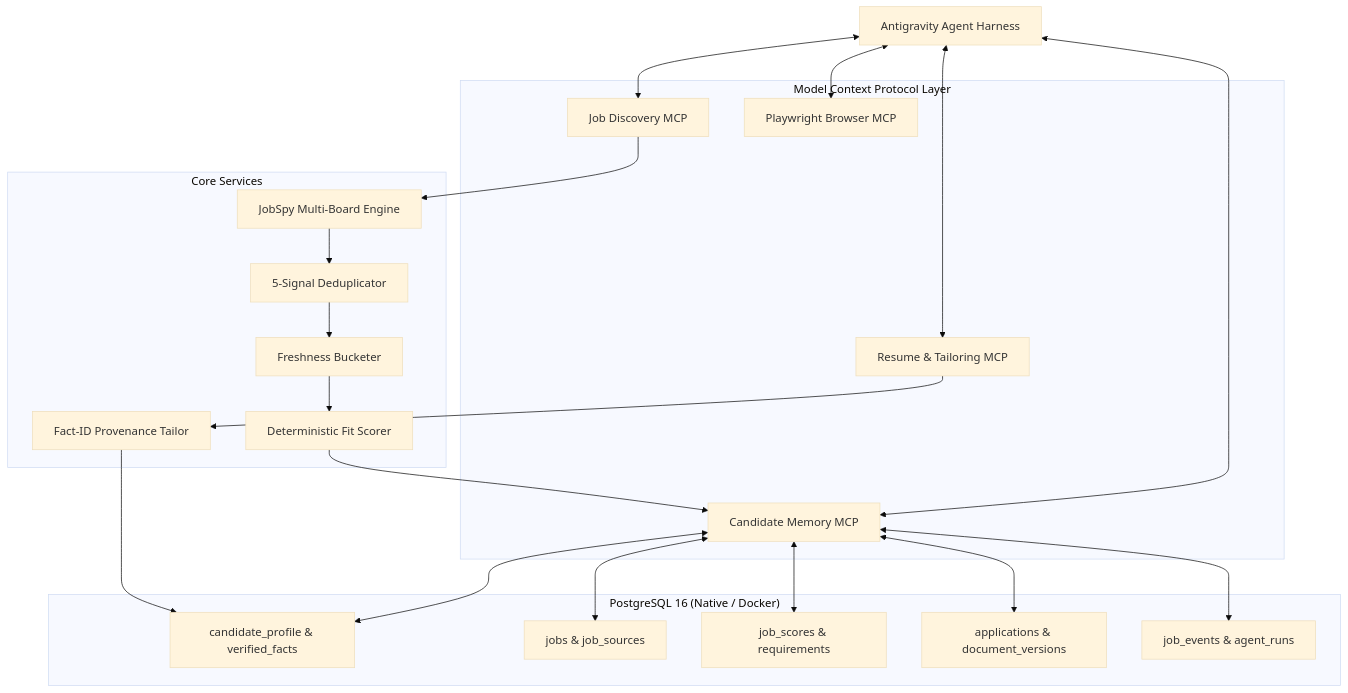
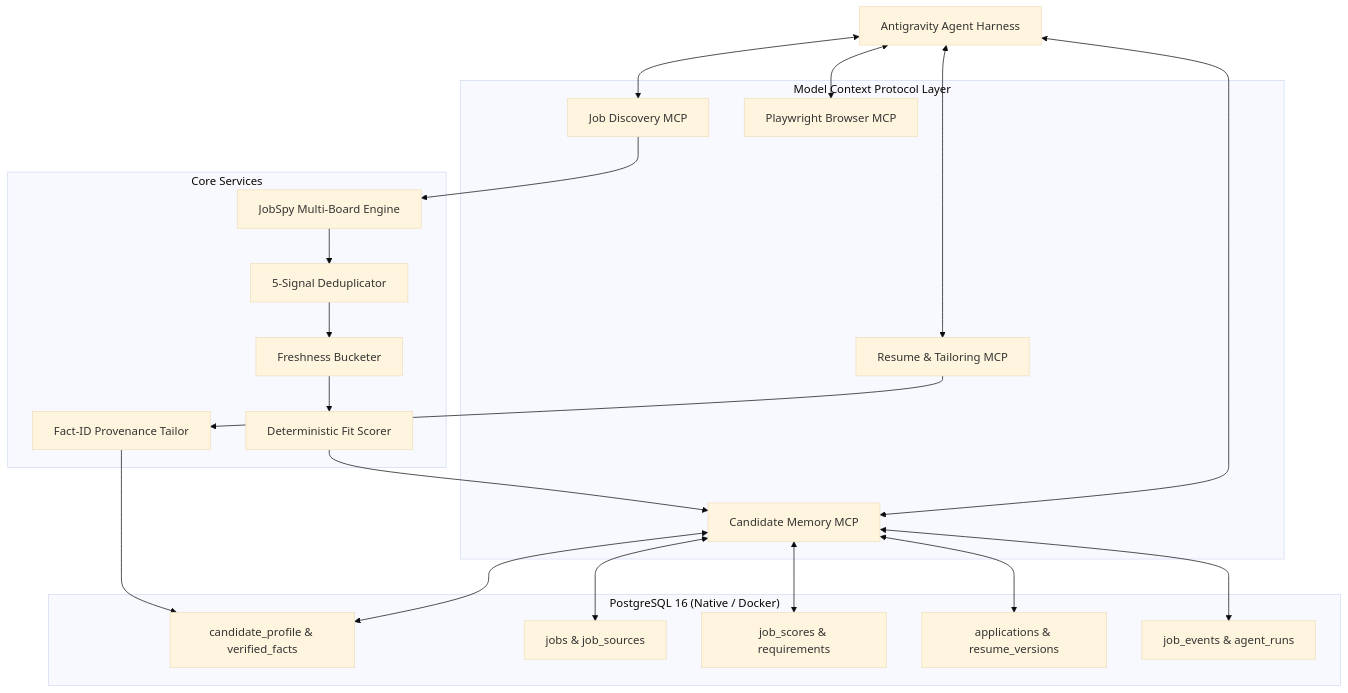
Before and after one commit to deltaformation/job-search-agent: the diagram in docs/architecture.md, drawn with Mermaid (base theme). The commit also changed other lines of this file and 21 other files, not shown here.

````diff
--- a/docs/architecture.md
+++ b/docs/architecture.md
@@ -5,47 +5,47 @@
 ```mermaid
 flowchart TD
     AGY[Antigravity Agent Harness]
     
     subgraph MCP["Model Context Protocol Layer"]
         DISC_MCP[Job Discovery MCP]
         MEM_MCP[Candidate Memory MCP]
         RES_MCP[Resume & Tailoring MCP]
         PLAY_MCP[Playwright Browser MCP]
     end
     
     subgraph Engine["Core Services"]
         SCRAPER[JobSpy Multi-Board Engine]
         DEDUPE[5-Signal Deduplicator]
         FRESH[Freshness Bucketer]
         SCORER[Deterministic Fit Scorer]
         TAILOR[Fact-ID Provenance Tailor]
     end
     
     subgraph Storage["PostgreSQL 16 (Native / Docker)"]
         CAND[candidate_profile & verified_facts]
         JOBS[jobs & job_sources]
         SCORES[job_scores & requirements]
-        APPS[applications & document_versions]
+        APPS[applications & resume_versions]
         AUDIT[job_events & agent_runs]
     end
 
     AGY <--> DISC_MCP
     AGY <--> MEM_MCP
     AGY <--> RES_MCP
     AGY <--> PLAY_MCP
 
     DISC_MCP --> SCRAPER
     SCRAPER --> DEDUPE
     DEDUPE --> FRESH
     FRESH --> SCORER
     SCORER --> MEM_MCP
 
     MEM_MCP <--> CAND
     MEM_MCP <--> JOBS
     MEM_MCP <--> SCORES
     MEM_MCP <--> APPS
     MEM_MCP <--> AUDIT
 
     RES_MCP --> TAILOR
     TAILOR --> CAND
 ```
````
